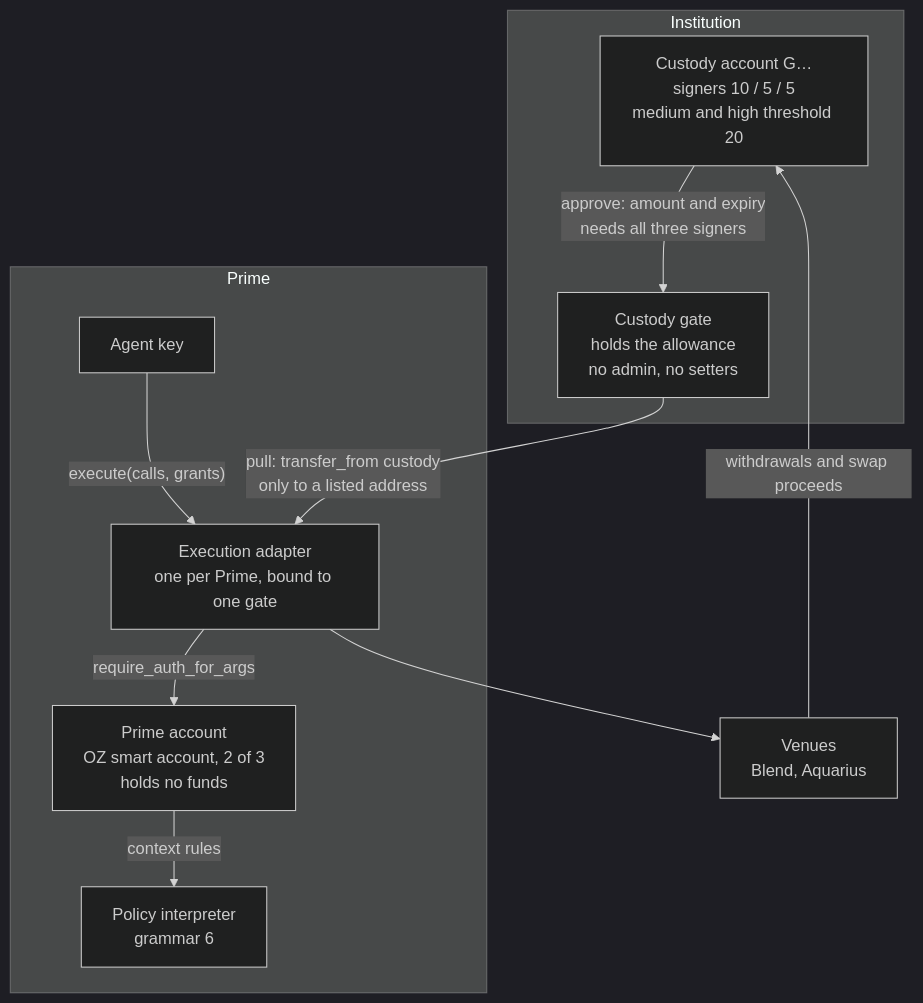
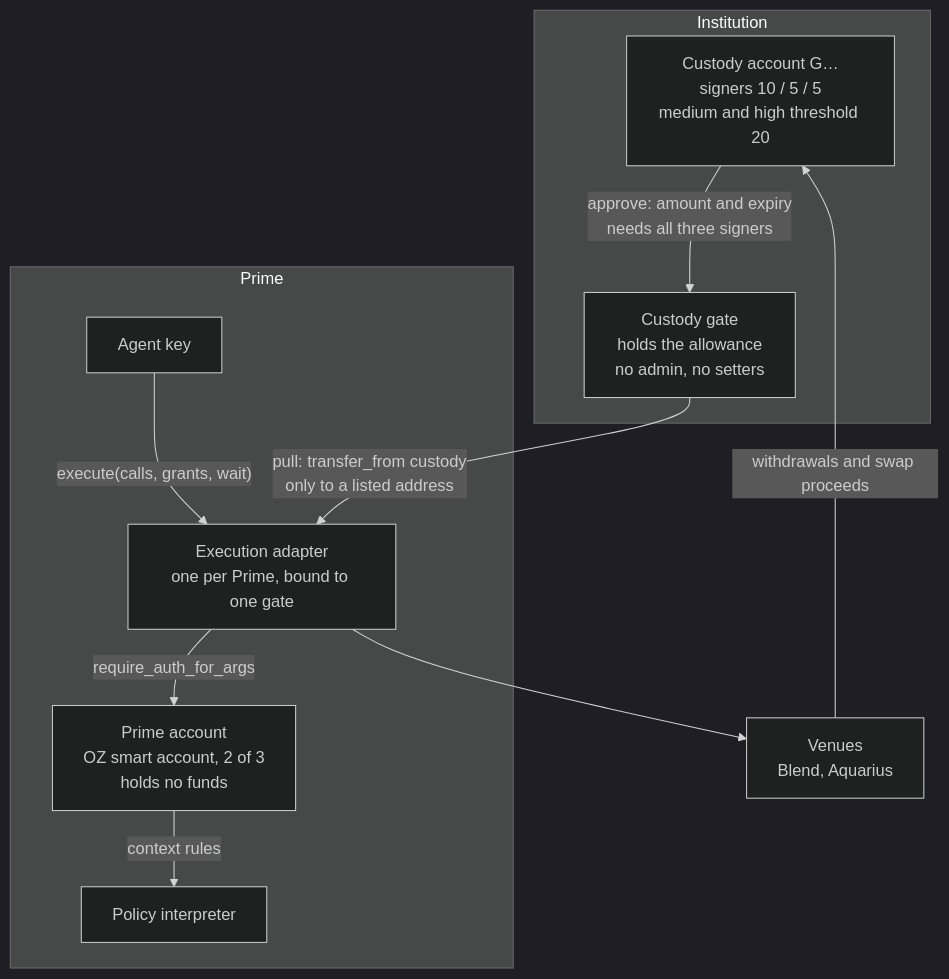
The first of 2 diagrams in docs/stellar.md (untangledfinance/oz-policy-builder), drawn with Mermaid (dark theme) before and after one commit. The commit also changed other lines of this file and 15 other files, not shown here.

````diff
--- a/docs/stellar.md
+++ b/docs/stellar.md
@@ -42,22 +37,22 @@
 ```mermaid
 flowchart TB
     subgraph CUSTODY["Institution"]
         MPC["Custody account G…<br/>signers 10 / 5 / 5<br/>medium and high threshold 20"]
         GATE["Custody gate<br/>holds the allowance<br/>no admin, no setters"]
     end
     subgraph PRIMESIDE["Prime"]
         PRIME["Prime account<br/>OZ smart account, 2 of 3<br/>holds no funds"]
-        INTERP["Policy interpreter<br/>grammar 6"]
+        INTERP["Policy interpreter"]
         ADAPTER["Execution adapter<br/>one per Prime, bound to one gate"]
         AGENT["Agent key"]
     end
     VENUE["Venues<br/>Blend, Aquarius"]
 
     MPC -->|"approve: amount and expiry<br/>needs all three signers"| GATE
-    AGENT -->|"execute(calls, grants)"| ADAPTER
+    AGENT -->|"execute(calls, grants, wait)"| ADAPTER
     ADAPTER -->|"require_auth_for_args"| PRIME
     PRIME -->|"context rules"| INTERP
     GATE -->|"pull: transfer_from custody<br/>only to a listed address"| ADAPTER
     ADAPTER --> VENUE
     VENUE -->|"withdrawals and swap proceeds"| MPC
 ```
````
